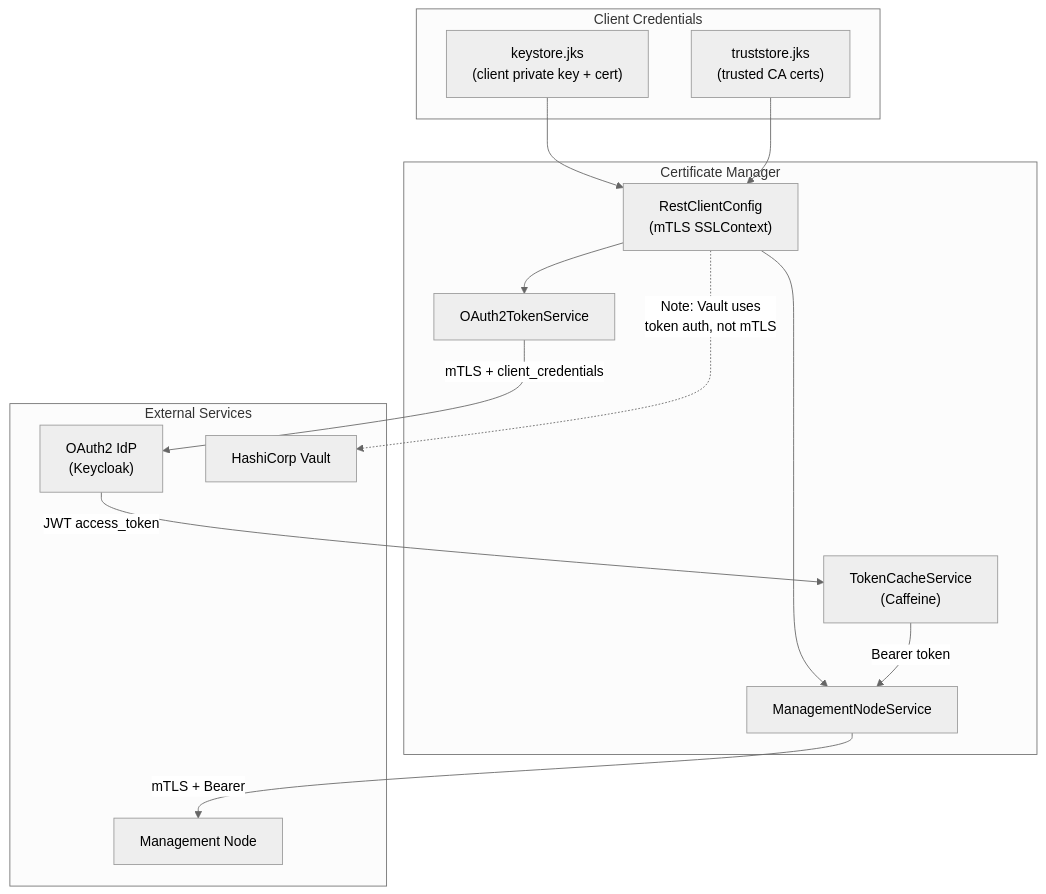
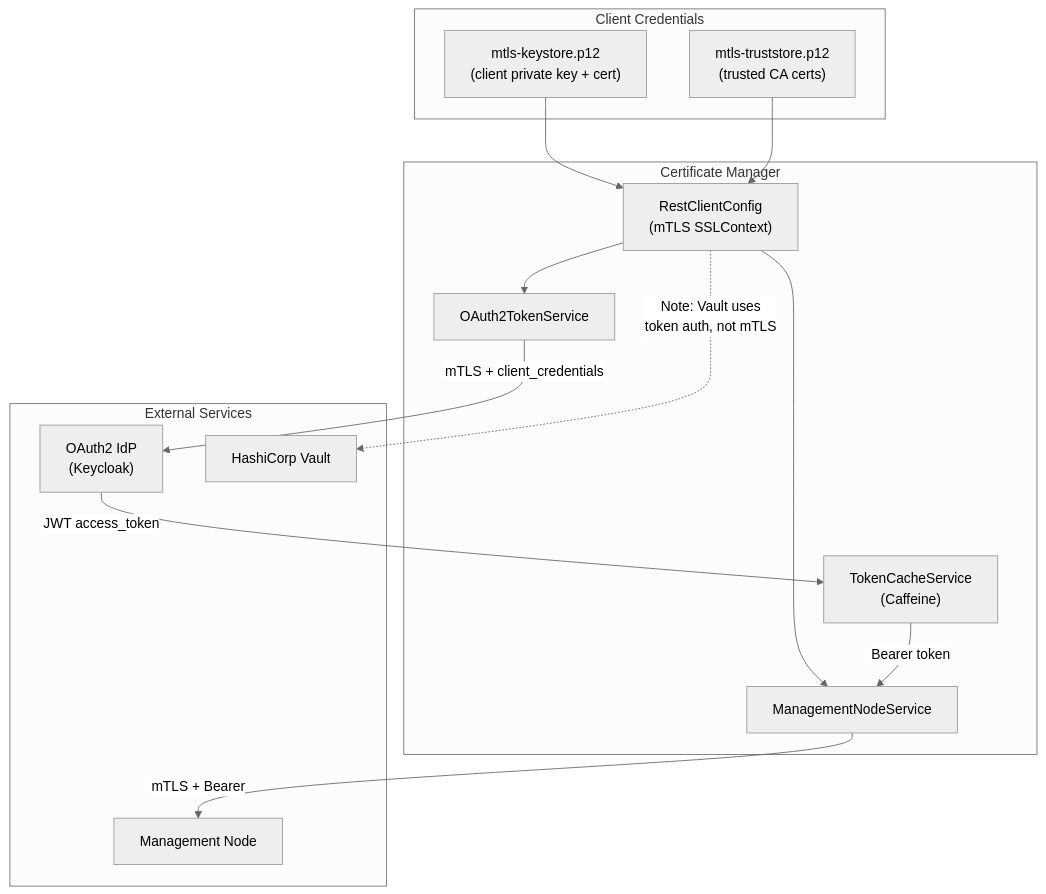
The first of 5 diagrams in docs/security.md (National-Node-Net/federator-certificate-manager), drawn with Mermaid (neutral theme) before and after one commit. The commit also changed other lines of this file and 26 other files, not shown here.

````diff
--- a/docs/security.md
+++ b/docs/security.md
@@ -9,30 +9,30 @@
 ```mermaid
 graph TB
     subgraph "Certificate Manager"
         RC["RestClientConfig<br/>(mTLS SSLContext)"]
         OTS["OAuth2TokenService"]
         TCS["TokenCacheService<br/>(Caffeine)"]
         MNS["ManagementNodeService"]
     end
 
     subgraph "Client Credentials"
-        JKS_KS["keystore.jks<br/>(client private key + cert)"]
-        JKS_TS["truststore.jks<br/>(trusted CA certs)"]
+        P12_KS["mtls-keystore.p12<br/>(client private key + cert)"]
+        P12_TS["mtls-truststore.p12<br/>(trusted CA certs)"]
     end
 
     subgraph "External Services"
         IDP["OAuth2 IdP<br/>(Keycloak)"]
         MN["Management Node"]
         VAULT["HashiCorp Vault"]
     end
 
-    JKS_KS --> RC
-    JKS_TS --> RC
+    P12_KS --> RC
+    P12_TS --> RC
     RC --> OTS
     RC --> MNS
     OTS -- "mTLS + client_credentials" --> IDP
     IDP -- "JWT access_token" --> TCS
     TCS -- "Bearer token" --> MNS
     MNS -- "mTLS + Bearer" --> MN
     RC -.->|"Note: Vault uses<br/>token auth, not mTLS"| VAULT
 ```
````
